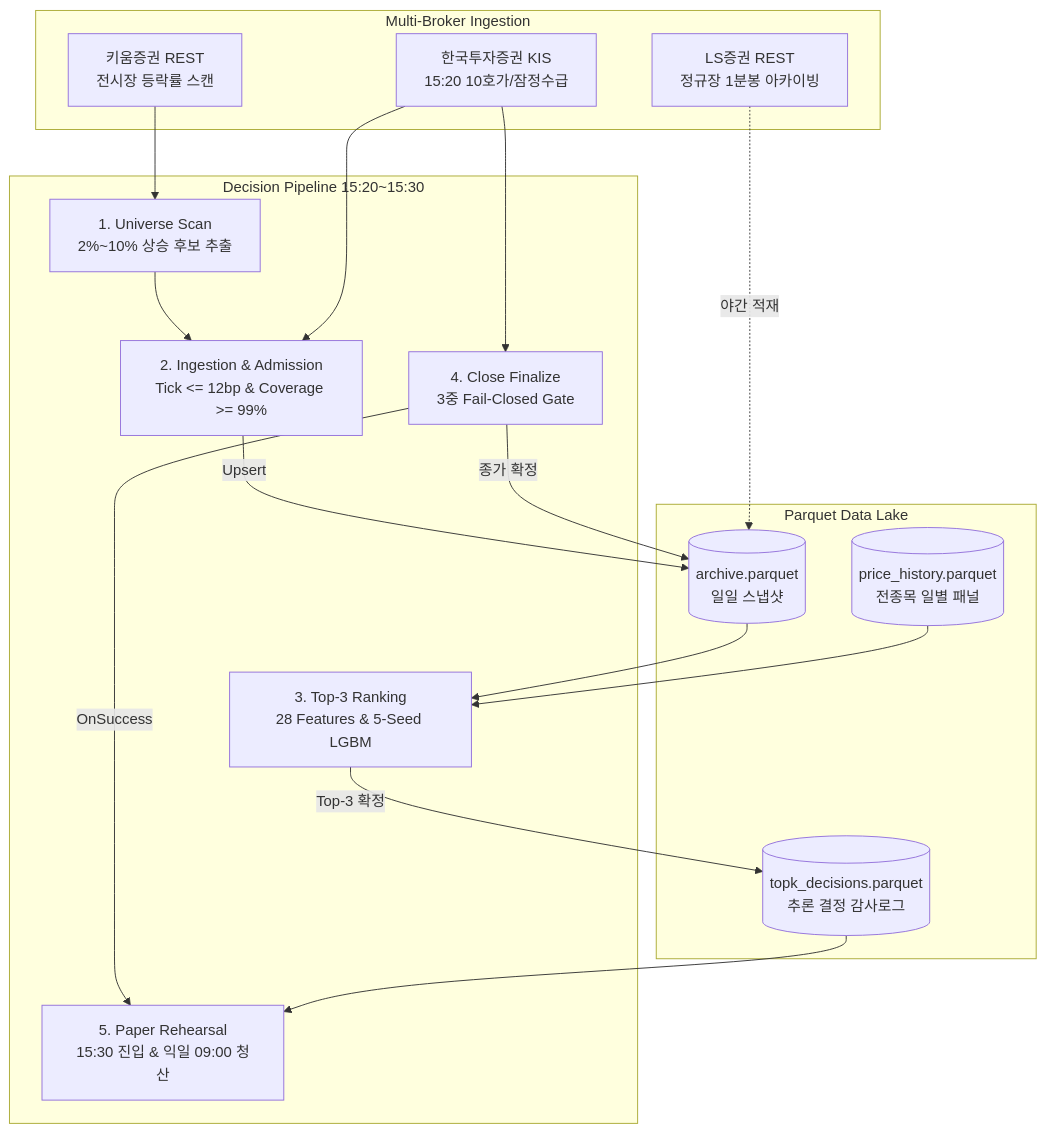
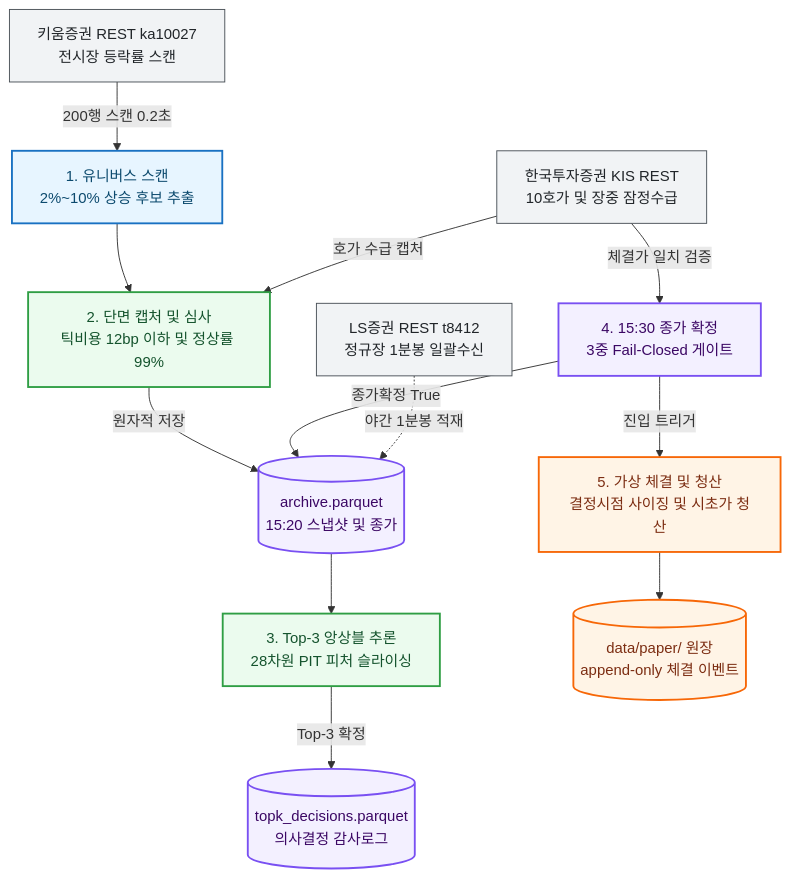
One commit to KTHYEONG/k-closing-alpha changed the diagram in README.md. Above: the diagram before and after it, drawn with Mermaid. The commit also changed other lines of this file and 12 other files, not shown here.

````diff
--- a/README.md
+++ b/README.md
@@ -48,30 +49,29 @@
 ```mermaid
 flowchart TD
-    subgraph Vendors [Multi-Broker Ingestion]
-        KW[키움증권 REST<br/>전시장 등락률 스캔]
-        KIS[한국투자증권 KIS<br/>15:20 10호가/잠정수급]
-        LS[LS증권 REST<br/>정규장 1분봉 아카이빙]
-    end
+    classDef vendor fill:#f1f3f5,stroke:#495057,stroke-width:1px,color:#212529;
+    classDef stage1 fill:#e7f5ff,stroke:#1971c2,stroke-width:2px,color:#0c4a6e;
+    classDef stage2 fill:#ebfbee,stroke:#2f9e44,stroke-width:2px,color:#14532d;
+    classDef stage3 fill:#f3f0ff,stroke:#7950f2,stroke-width:2px,color:#3b0764;
+    classDef stage4 fill:#fff4e6,stroke:#f76707,stroke-width:2px,color:#7c2d12;
 
-    subgraph Pipeline [Decision Pipeline 15:20~15:30]
-        SCAN[1. Universe Scan<br/>2%~10% 상승 후보 추출]
-        COLLECT[2. Ingestion & Admission<br/>Tick <= 12bp & Coverage >= 99%]
-        PREDICT[3. Top-3 Ranking<br/>28 Features & 5-Seed LGBM]
-        FINALIZE[4. Close Finalize<br/>3중 Fail-Closed Gate]
-        PAPER[5. Paper Rehearsal<br/>15:30 진입 & 익일 09:00 청산]
-    end
+    V_KW[키움증권 REST ka10027<br/>전시장 등락률 스캔]:::vendor
+    V_KIS[한국투자증권 KIS REST<br/>10호가 및 장중 잠정수급]:::vendor
+    V_LS[LS증권 REST t8412<br/>정규장 1분봉 일괄수신]:::vendor
 
-    subgraph Storage [Parquet Data Lake]
-        ARCH[(archive.parquet<br/>일일 스냅샷)]
-        PRICE[(price_history.parquet<br/>전종목 일별 패널)]
-        DEC[(topk_decisions.parquet<br/>추론 결정 감사로그)]
-    end
+    P_SCAN[1. 유니버스 스캔<br/>2%~10% 상승 후보 추출]:::stage1
+    P_COLLECT[2. 단면 캡처 및 심사<br/>틱비용 12bp 이하 및 정상률 99%]:::stage2
+    P_RANK[3. Top-3 앙상블 추론<br/>28차원 PIT 피처 슬라이싱]:::stage2
+    P_GATE[4. 15:30 종가 확정<br/>3중 Fail-Closed 게이트]:::stage3
+    P_PAPER[5. 가상 체결 및 청산<br/>결정시점 사이징 및 시초가 청산]:::stage4
 
-    KW --> SCAN --> COLLECT
-    KIS --> COLLECT -->|Upsert| ARCH
-    ARCH & PRICE --> PREDICT -->|Top-3 확정| DEC
-    KIS --> FINALIZE -->|종가 확정| ARCH
-    FINALIZE -->|OnSuccess| PAPER
-    DEC --> PAPER
-    LS -.->|야간 적재| ARCH
+    S_ARCH[(archive.parquet<br/>15:20 스냅샷 및 종가)]:::stage3
+    S_DEC[(topk_decisions.parquet<br/>의사결정 감사로그)]:::stage3
+    S_LEDGER[(data/paper/ 원장<br/>append-only 체결 이벤트)]:::stage4
+
+    V_KW -->|200행 스캔 0.2초| P_SCAN --> P_COLLECT
+    V_KIS -->|호가 수급 캡처| P_COLLECT -->|원자적 저장| S_ARCH
+    S_ARCH --> P_RANK -->|Top-3 확정| S_DEC
+    V_KIS -->|체결가 일치 검증| P_GATE -->|종가확정 True| S_ARCH
+    P_GATE -->|진입 트리거| P_PAPER --> S_LEDGER
+    V_LS -.->|야간 1분봉 적재| S_ARCH
 ```
````
